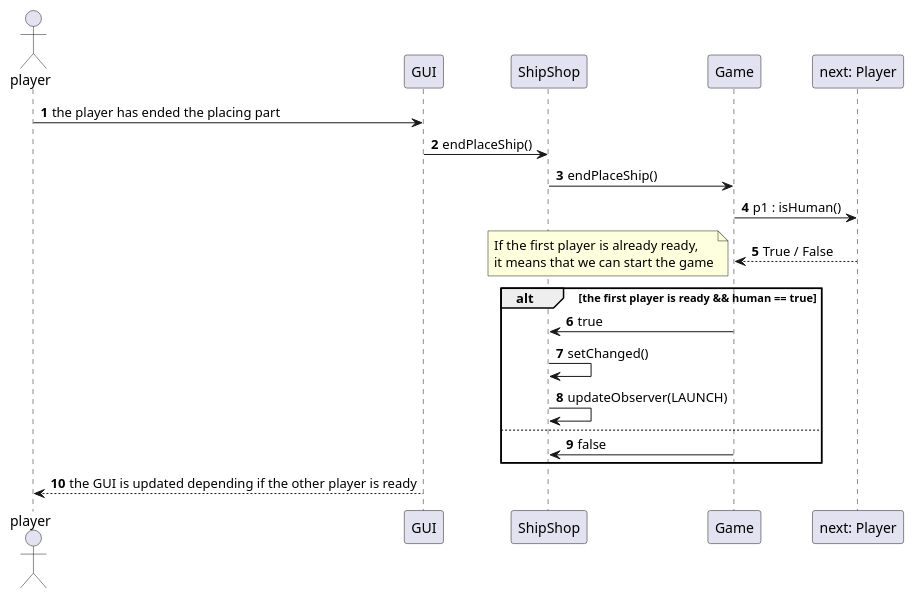
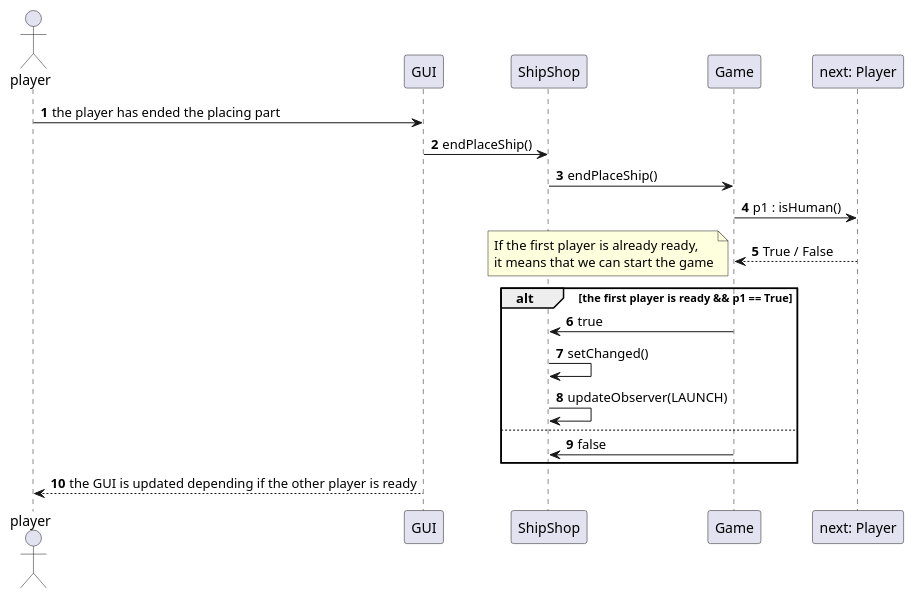
One commit to Reynault/ShipShop changed the diagram in doc/conception/pmul/sequence/endPlaceShip.puml. Above: the diagram before and after it, drawn with PlantUML. The commit also changed 3 other files, not shown here.

Commit message:
update sequences

```diff
--- a/doc/conception/pmul/sequence/endPlaceShip.puml
+++ b/doc/conception/pmul/sequence/endPlaceShip.puml
@@ -1,39 +1,39 @@
 @startuml
 
 autonumber
 actor player
 
 player -> GUI: the player has ended the placing part
 
 GUI -> ShipShop: endPlaceShip()
 
 ShipShop -> Game: endPlaceShip()
 
 Game -> "next: Player": p1 : isHuman()
 
 "next: Player" --> Game: True / False
 
-alt the first player is ready && human == true
+alt the first player is ready && p1 == True
 
     note left
         If the first player is already ready,
         it means that we can start the game
     end note
 
     Game -> ShipShop : true
 
     ShipShop -> ShipShop : setChanged()
 
     ShipShop -> ShipShop : updateObserver(LAUNCH)
 
 else
 
     Game -> ShipShop : false
 
 end
 
 GUI --> player : the GUI is updated depending if the other player is ready 
 
 
 
 @enduml
```
